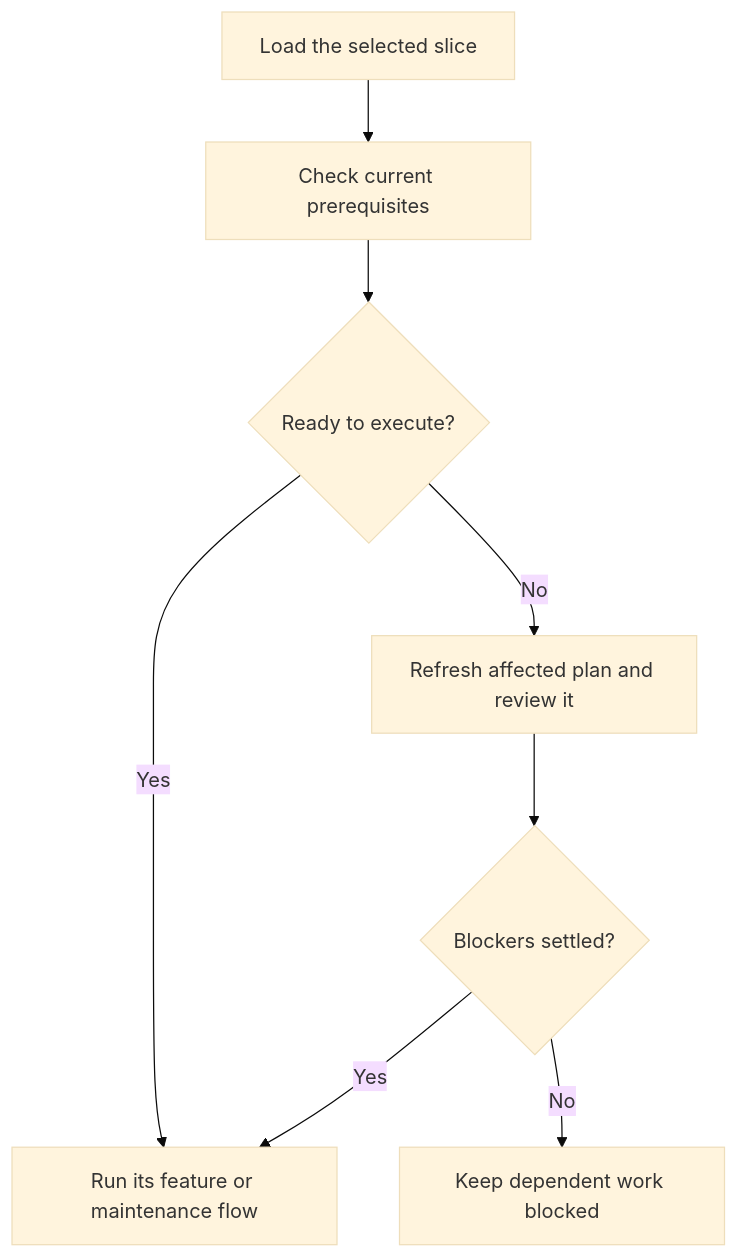
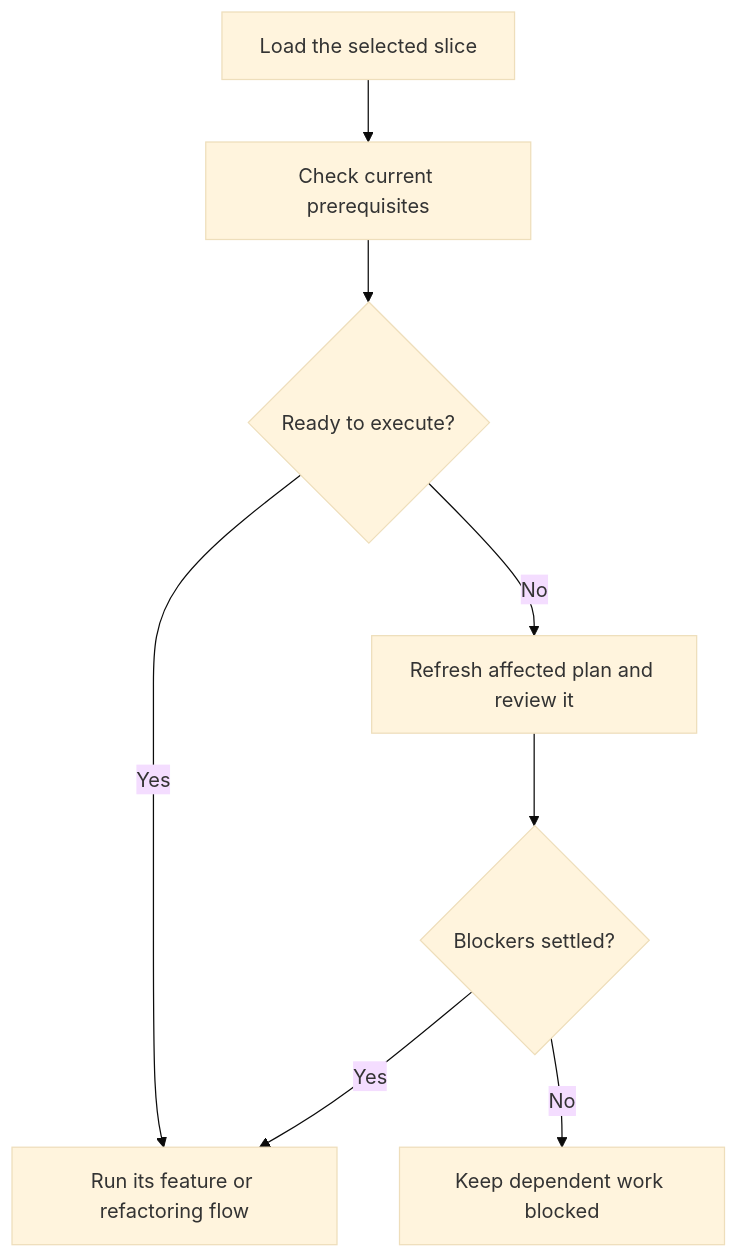
The fifth of 16 diagrams in README.md (LeoMartinDev/skills), drawn with Mermaid (base theme) before and after one commit. The commit also changed other lines of this file and 27 other files, not shown here.

````diff
--- a/README.md
+++ b/README.md
@@ -128,10 +128,10 @@
 ```mermaid
 flowchart TD
     L["Load the selected slice"] --> C["Check current prerequisites"]
     C --> Q{"Ready to execute?"}
-    Q -->|Yes| F["Run its feature or maintenance flow"]
+    Q -->|Yes| F["Run its feature or refactoring flow"]
     Q -->|No| R["Refresh affected plan and review it"]
     R --> U{"Blockers settled?"}
     U -->|Yes| F
     U -->|No| B["Keep dependent work blocked"]
 ```
````
